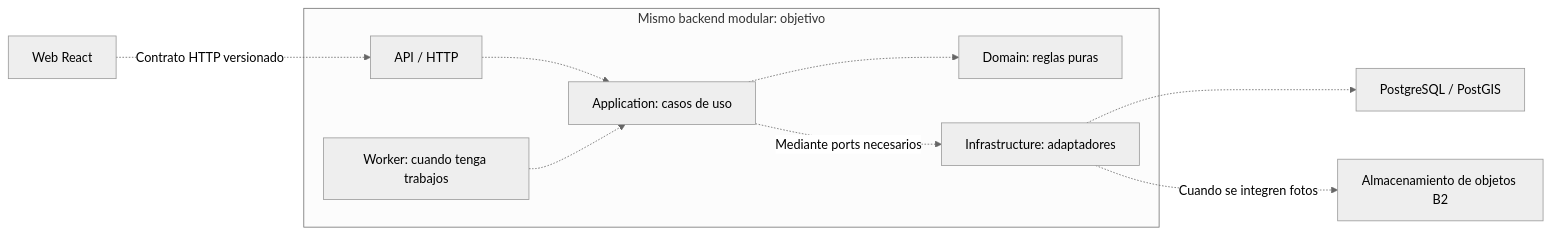
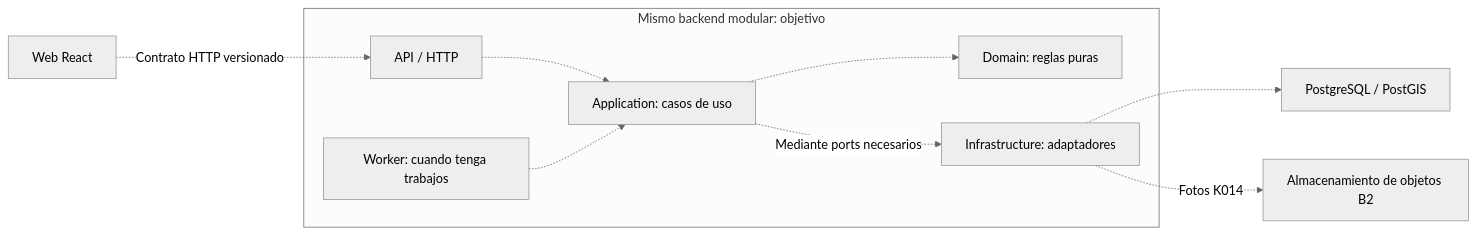
One commit to ClemoAcevedo/rescate changed the second of 2 diagrams in docs/arquitectura/arquitectura.md. Above: the diagram before and after it, drawn with Mermaid (neutral theme). The commit also changed other lines of this file and 58 other files, not shown here.

````diff
--- a/docs/arquitectura/arquitectura.md
+++ b/docs/arquitectura/arquitectura.md
@@ -122,12 +122,12 @@
 ```mermaid
 flowchart LR
   web["Web React"] -.->|Contrato HTTP versionado| http["API / HTTP"]
   subgraph backend["Mismo backend modular: objetivo"]
     http -.-> application["Application: casos de uso"]
     worker["Worker: cuando tenga trabajos"] -.-> application
     application -.-> domain["Domain: reglas puras"]
     application -.->|Mediante ports necesarios| infra["Infrastructure: adaptadores"]
   end
   infra -.-> db["PostgreSQL / PostGIS"]
-  infra -.->|Cuando se integren fotos| b2["Almacenamiento de objetos B2"]
+  infra -.->|Fotos K014| b2["Almacenamiento de objetos B2"]
 ```
````
